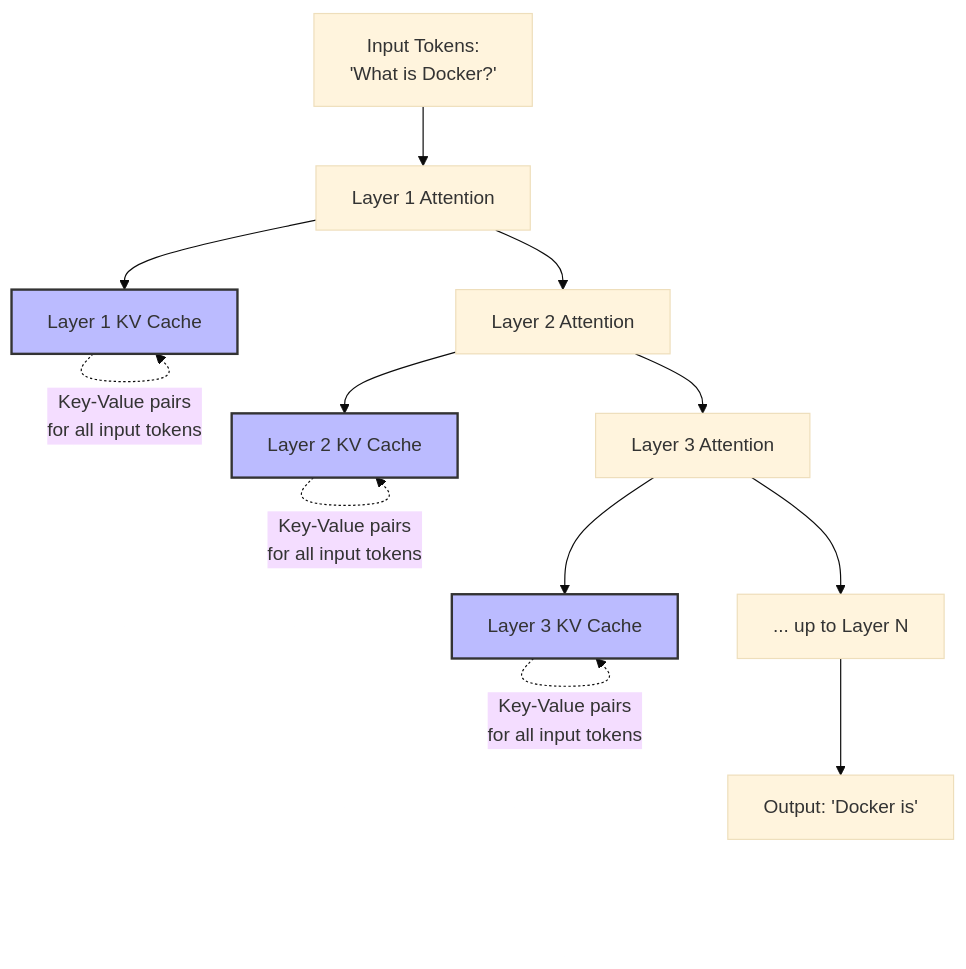
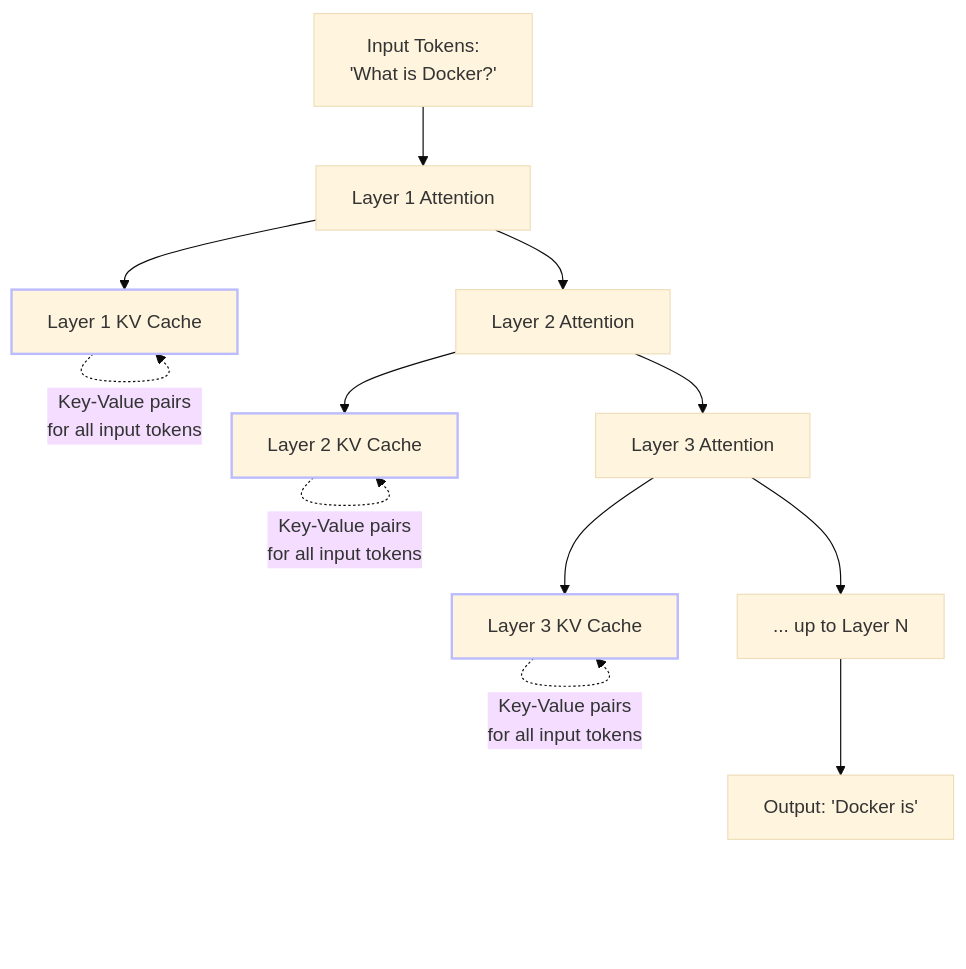
One commit to Shaddix/mostlylucidweb changed the seventh of 9 diagrams in Mostlylucid/Markdown/rag-primer.md. Above: the diagram before and after it, drawn with Mermaid (base theme). The commit also changed other lines of this file and 7 other files, not shown here.

````diff
--- a/Mostlylucid/Markdown/rag-primer.md
+++ b/Mostlylucid/Markdown/rag-primer.md
@@ -773,22 +829,22 @@
 ```mermaid
 graph TB
     A[Input Tokens:<br/>'What is Docker?'] --> B[Layer 1 Attention]
     B --> C[Layer 1 KV Cache]
 
     B --> D[Layer 2 Attention]
     D --> E[Layer 2 KV Cache]
 
     D --> F[Layer 3 Attention]
     F --> G[Layer 3 KV Cache]
 
     F --> H[... up to Layer N]
     H --> I[Output: 'Docker is']
 
     C -.Key-Value pairs<br/>for all input tokens.-> C
     E -.Key-Value pairs<br/>for all input tokens.-> E
     G -.Key-Value pairs<br/>for all input tokens.-> G
 
-    style C fill:#bbf,stroke:#333,stroke-width:2px
-    style E fill:#bbf,stroke:#333,stroke-width:2px
-    style G fill:#bbf,stroke:#333,stroke-width:2px
+    style C stroke:#bbf,stroke-width:2px
+    style E stroke:#bbf,stroke-width:2px
+    style G stroke:#bbf,stroke-width:2px
 ```
````
